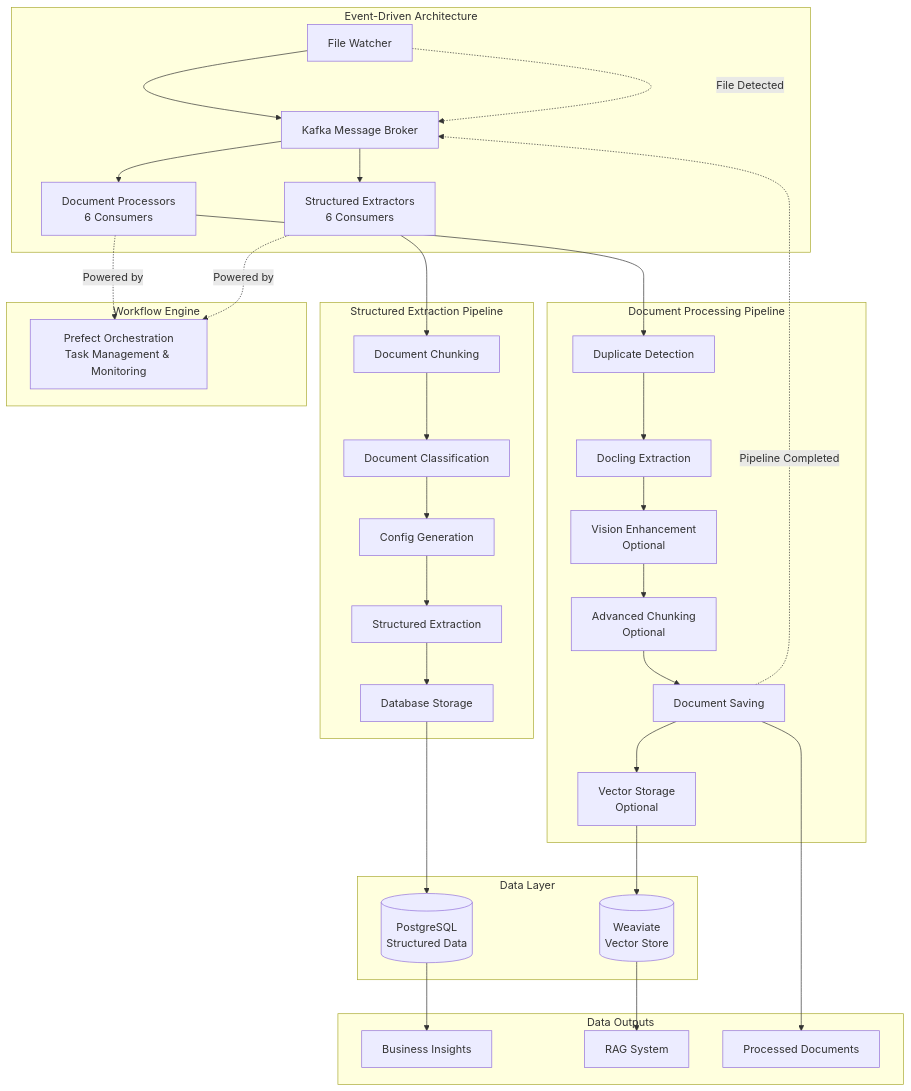
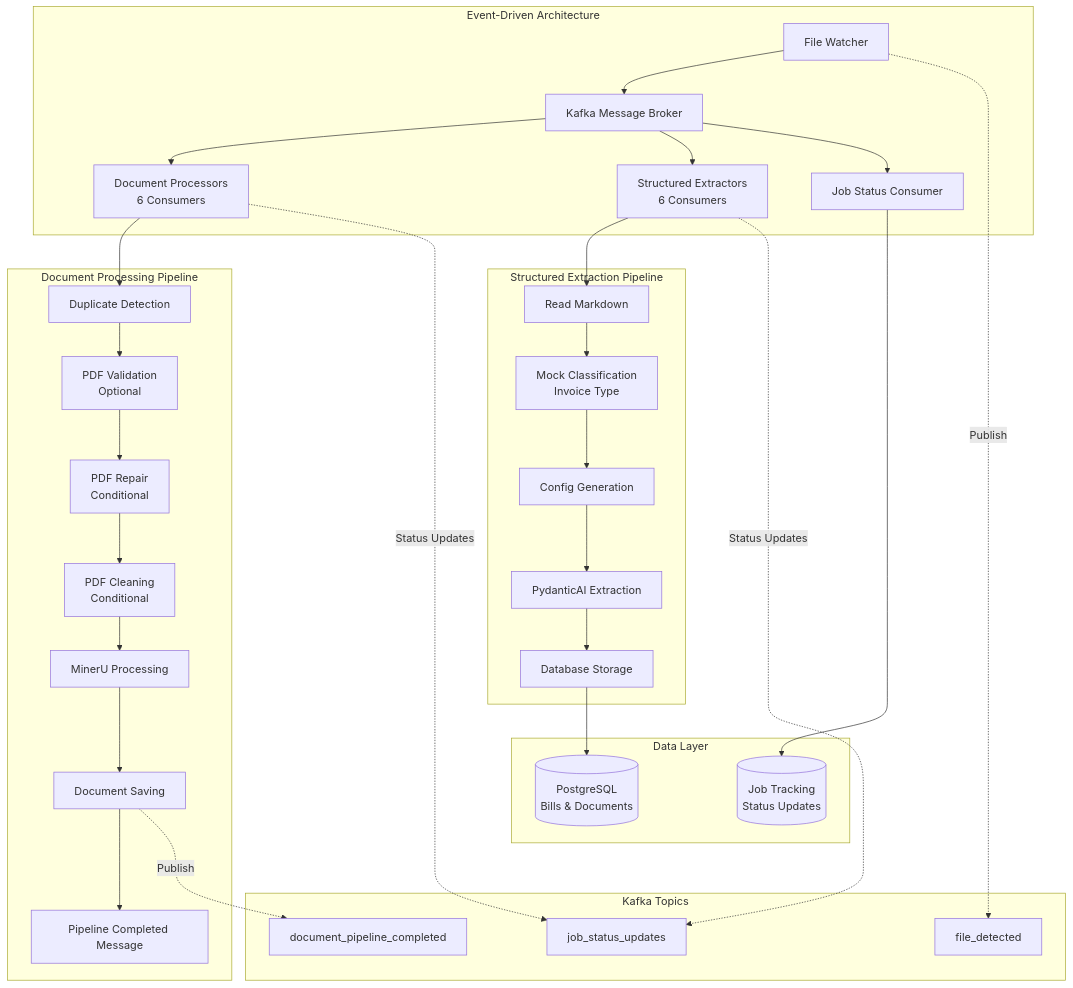
The first of 9 diagrams in README.md (h19overflow/scaled_processing), drawn with Mermaid before and after one commit. The commit also changed other lines of this file, not shown here.

First line of the commit message:
docs(README): update system overview and architecture details

````diff
--- a/README.md
+++ b/README.md
@@ -28,48 +28,45 @@
 ```mermaid
 graph TB
     subgraph "Event-Driven Architecture"
         FileWatcher[File Watcher] --> Kafka[Kafka Message Broker]
         Kafka --> DocProcessors[Document Processors<br/>6 Consumers]
         Kafka --> StructExtractors[Structured Extractors<br/>6 Consumers]
+        Kafka --> JobStatusConsumer[Job Status Consumer]
     end
 
     subgraph "Document Processing Pipeline"
         DocProcessors --> DuplicateCheck[Duplicate Detection]
-        DuplicateCheck --> DoclingExtract[Docling Extraction]
-        DoclingExtract --> VisionEnhance[Vision Enhancement<br/>Optional]
-        VisionEnhance --> Chunking[Advanced Chunking<br/>Optional]
-        Chunking --> DocumentSave[Document Saving]
-        DocumentSave --> VectorStore[Vector Storage<br/>Optional]
+        DuplicateCheck --> PDFValidation[PDF Validation<br/>Optional]
+        PDFValidation --> PDFRepair[PDF Repair<br/>Conditional]
+        PDFRepair --> PDFCleaning[PDF Cleaning<br/>Conditional]
+        PDFCleaning --> MinerUProcess[MinerU Processing]
+        MinerUProcess --> DocumentSave[Document Saving]
+        DocumentSave --> KafkaMessage[Pipeline Completed Message]
     end
 
     subgraph "Structured Extraction Pipeline"
-        StructExtractors --> ChunkDoc[Document Chunking]
-        ChunkDoc --> ClassifyDoc[Document Classification]
-        ClassifyDoc --> ConfigGen[Config Generation]
-        ConfigGen --> StructExtract[Structured Extraction]
-        StructExtract --> DatabaseStore[Database Storage]
+        StructExtractors --> ReadMarkdown[Read Markdown]
+        ReadMarkdown --> MockClassification[Mock Classification<br/>Invoice Type]
+        MockClassification --> ConfigGen[Config Generation]
+        ConfigGen --> PydanticAIExtract[PydanticAI Extraction]
+        PydanticAIExtract --> DatabaseStore[Database Storage]
     end
 
     subgraph "Data Layer"
-        PostgresDB[(PostgreSQL<br/>Structured Data)]
-        WeaviateDB[(Weaviate<br/>Vector Store)]
+        PostgresDB[(PostgreSQL<br/>Bills & Documents)]
+        JobDB[(Job Tracking<br/>Status Updates)]
         DatabaseStore --> PostgresDB
-        VectorStore --> WeaviateDB
+        JobStatusConsumer --> JobDB
     end
 
-    subgraph "Data Outputs"
-        PostgresDB --> Insights[Business Insights]
-        WeaviateDB --> RAGSystem[RAG System]
-        DocumentSave --> ProcessedDocs[Processed Documents]
+    subgraph "Kafka Topics"
+        FileDetectedTopic[file_detected]
+        PipelineCompletedTopic[document_pipeline_completed]
+        JobStatusTopic[job_status_updates]
     end
 
-    subgraph "Workflow Engine"
-        PrefectEngine[Prefect Orchestration<br/>Task Management & Monitoring]
-    end
-
-    DocProcessors -.->|Powered by| PrefectEngine
-    StructExtractors -.->|Powered by| PrefectEngine
-
-    FileWatcher -.->|File Detected| Kafka
-    DocumentSave -.->|Pipeline Completed| Kafka
+    FileWatcher -.->|Publish| FileDetectedTopic
+    DocumentSave -.->|Publish| PipelineCompletedTopic
+    DocProcessors -.->|Status Updates| JobStatusTopic
+    StructExtractors -.->|Status Updates| JobStatusTopic
 ```
````
